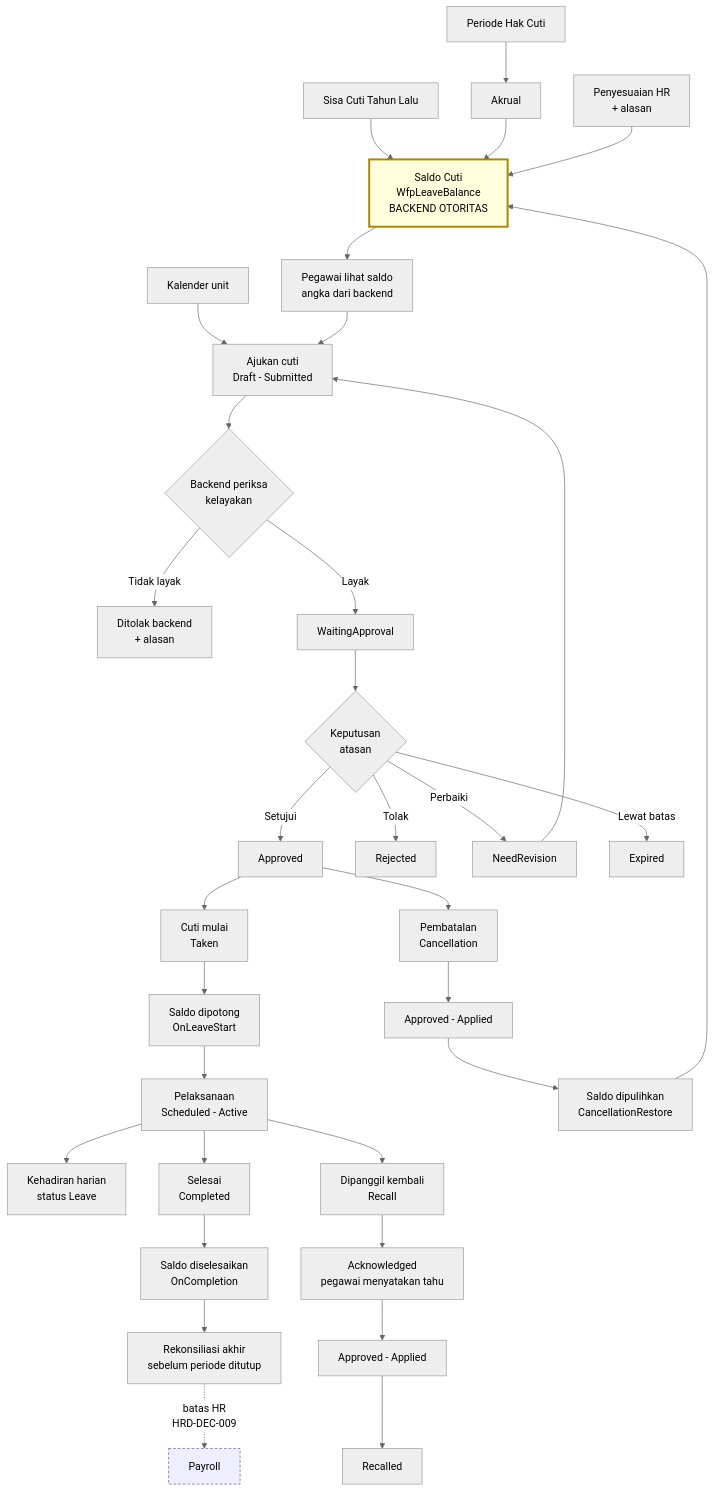
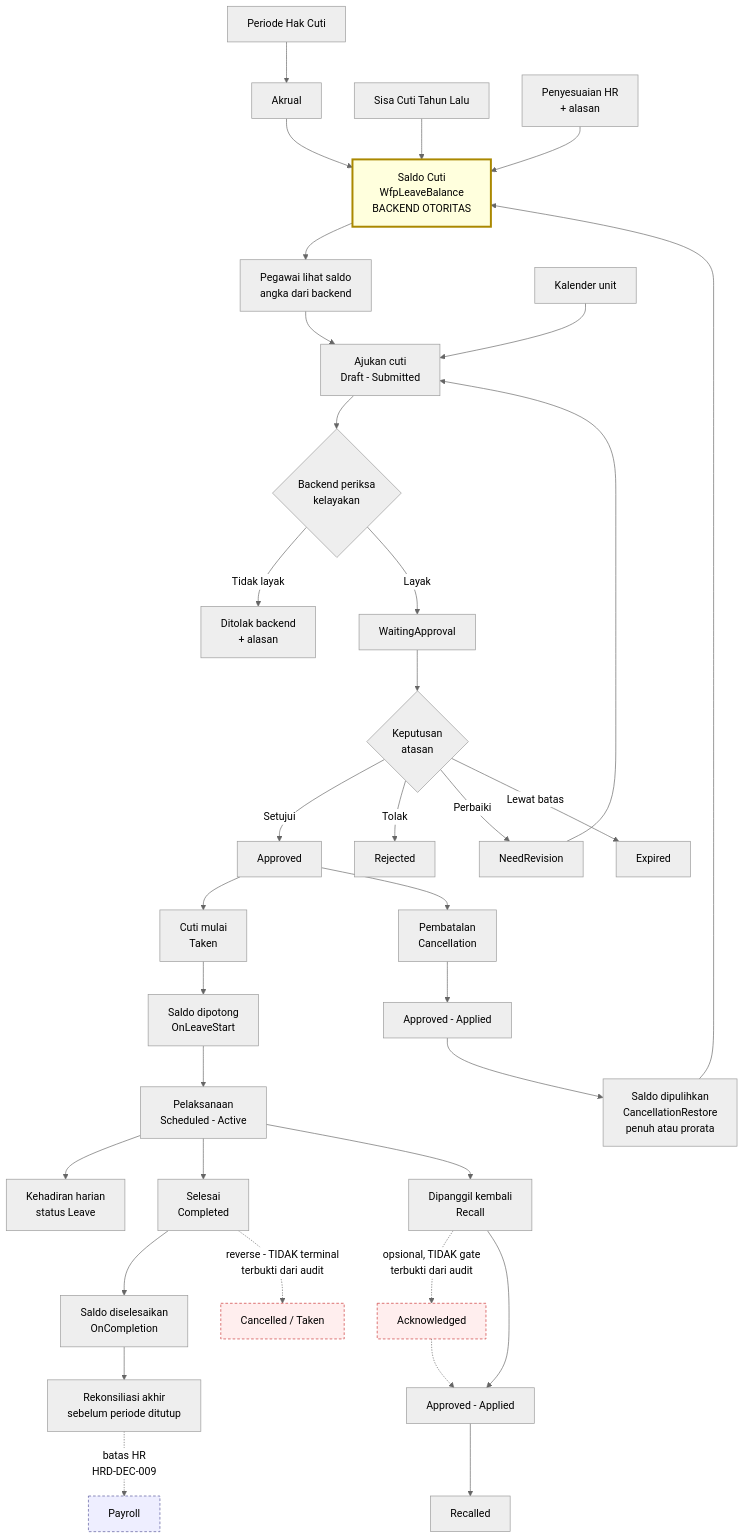
Before and after one commit to DevBenari/NewQuilvianSystemBackend: the diagram in docs/module-blueprints/human-resource/flows/03-leave.md, drawn with Mermaid (neutral theme). The commit also changed other lines of this file and 16 other files, not shown here.

Commit message:
update flow 00 - 14

````diff
--- a/docs/module-blueprints/human-resource/flows/03-leave.md
+++ b/docs/module-blueprints/human-resource/flows/03-leave.md
@@ -270,48 +381,53 @@
 ```mermaid
 flowchart TB
   ENT["Periode Hak Cuti"] --> ACC["Akrual"]
   CF["Sisa Cuti Tahun Lalu"] --> BAL
   ACC --> BAL["Saldo Cuti<br/>WfpLeaveBalance<br/>BACKEND OTORITAS"]
   ADJ["Penyesuaian HR<br/>+ alasan"] --> BAL
 
   BAL --> VIEW["Pegawai lihat saldo<br/>angka dari backend"]
   CAL["Kalender unit"] --> REQ
   VIEW --> REQ["Ajukan cuti<br/>Draft - Submitted"]
 
   REQ --> ELIG{"Backend periksa<br/>kelayakan"}
   ELIG -->|Tidak layak| REJ1["Ditolak backend<br/>+ alasan"]
   ELIG -->|Layak| WAIT["WaitingApproval"]
 
   WAIT --> DEC{"Keputusan<br/>atasan"}
   DEC -->|Setujui| APR["Approved"]
   DEC -->|Tolak| REJ2["Rejected"]
   DEC -->|Perbaiki| NR["NeedRevision"]
   DEC -->|Lewat batas| EXP["Expired"]
   NR --> REQ
 
   APR --> START["Cuti mulai<br/>Taken"]
   START --> B1["Saldo dipotong<br/>OnLeaveStart"]
   B1 --> EXEC["Pelaksanaan<br/>Scheduled - Active"]
   EXEC --> ATT["Kehadiran harian<br/>status Leave"]
 
   EXEC --> DONE["Selesai<br/>Completed"]
   DONE --> B2["Saldo diselesaikan<br/>OnCompletion"]
 
   EXEC --> RCL["Dipanggil kembali<br/>Recall"]
-  RCL --> ACK["Acknowledged<br/>pegawai menyatakan tahu"]
-  ACK --> RAPR["Approved - Applied"]
+  RCL -.->|"opsional, TIDAK gate<br/>terbukti dari audit"| ACK["Acknowledged"]
+  RCL --> RAPR["Approved - Applied"]
+  ACK -.-> RAPR
   RAPR --> REC["Recalled"]
+
+  DONE -.->|"reverse - TIDAK terminal<br/>terbukti dari audit"| REC2["Cancelled / Taken"]
 
   APR --> CNL["Pembatalan<br/>Cancellation"]
   CNL --> CAPR["Approved - Applied"]
-  CAPR --> B3["Saldo dipulihkan<br/>CancellationRestore"]
+  CAPR --> B3["Saldo dipulihkan<br/>CancellationRestore<br/>penuh atau prorata"]
   B3 --> BAL
 
   B2 --> FINAL["Rekonsiliasi akhir<br/>sebelum periode ditutup"]
   FINAL -.->|"batas HR<br/>HRD-DEC-009"| PAY["Payroll"]
 
   classDef authority fill:#ffd,stroke:#a80,stroke-width:3px
   classDef boundary fill:#eef,stroke:#559,stroke-dasharray:4 3
+  classDef disproven fill:#fee,stroke:#c33,stroke-dasharray:4 3
   class BAL authority
   class PAY boundary
+  class ACK,REC2 disproven
 ```
````
